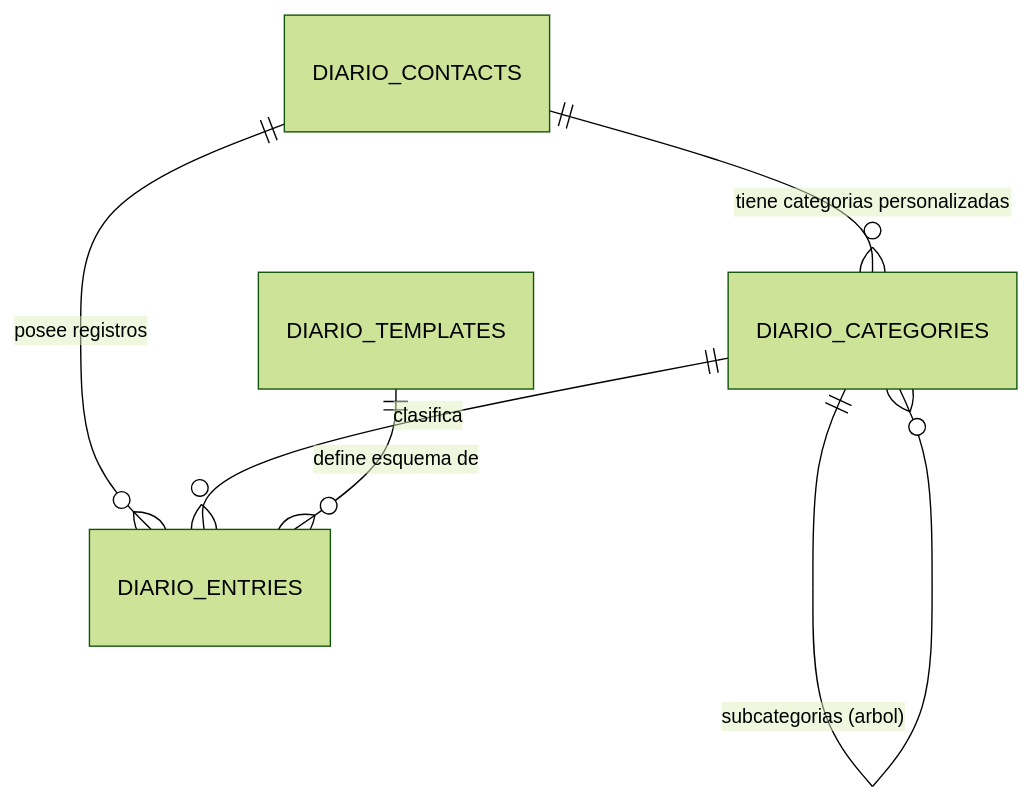
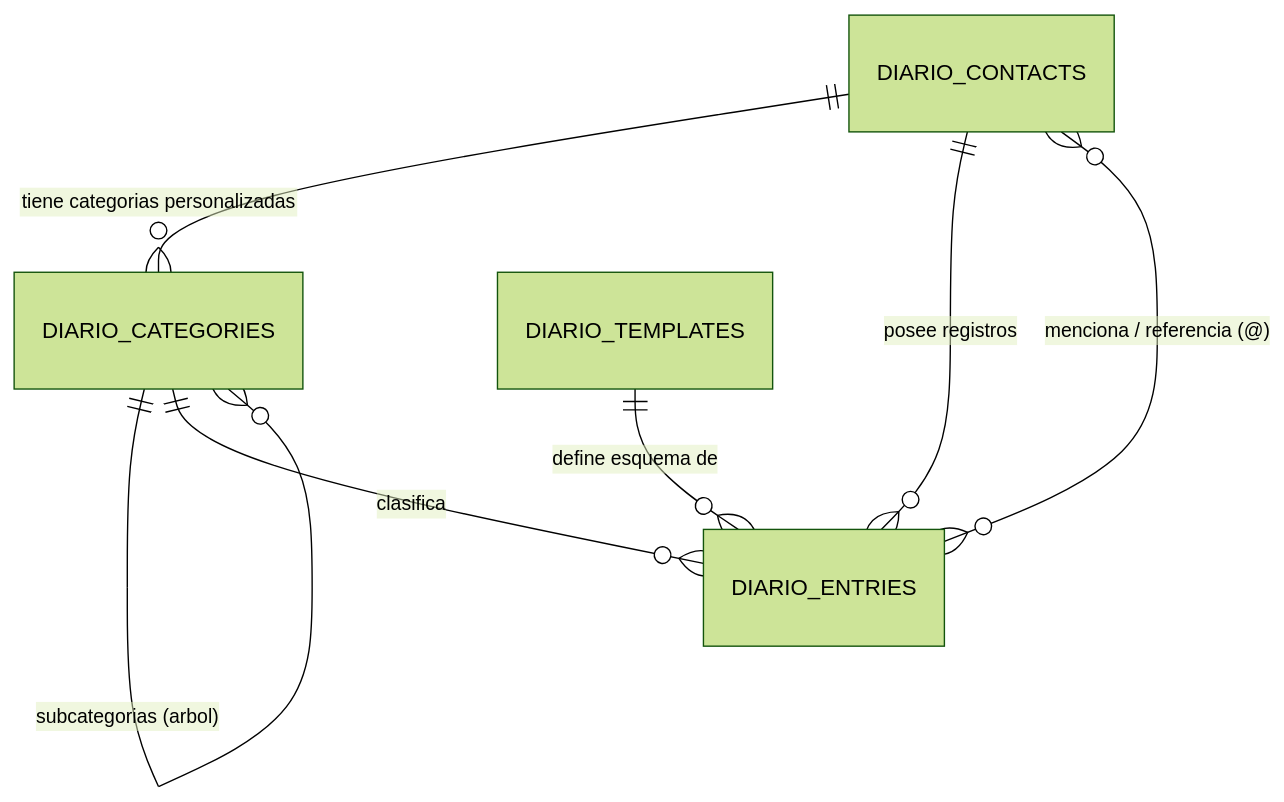
The third of 6 diagrams in DATABASE_MODELS.md (jottache/quebrado), drawn with Mermaid (forest theme) before and after one commit. The commit also changed other lines of this file and 34 other files, not shown here.

````diff
--- a/DATABASE_MODELS.md
+++ b/DATABASE_MODELS.md
@@ -179,8 +180,9 @@
 ```mermaid
 erDiagram
     DIARIO_CONTACTS ||--o{ DIARIO_CATEGORIES : "tiene categorias personalizadas"
     DIARIO_CONTACTS ||--o{ DIARIO_ENTRIES : "posee registros"
+    DIARIO_ENTRIES }o--o{ DIARIO_CONTACTS : "menciona / referencia (@)"
     DIARIO_CATEGORIES ||--o{ DIARIO_CATEGORIES : "subcategorias (arbol)"
     DIARIO_CATEGORIES ||--o{ DIARIO_ENTRIES : "clasifica"
     DIARIO_TEMPLATES ||--o{ DIARIO_ENTRIES : "define esquema de"
 ```
````
